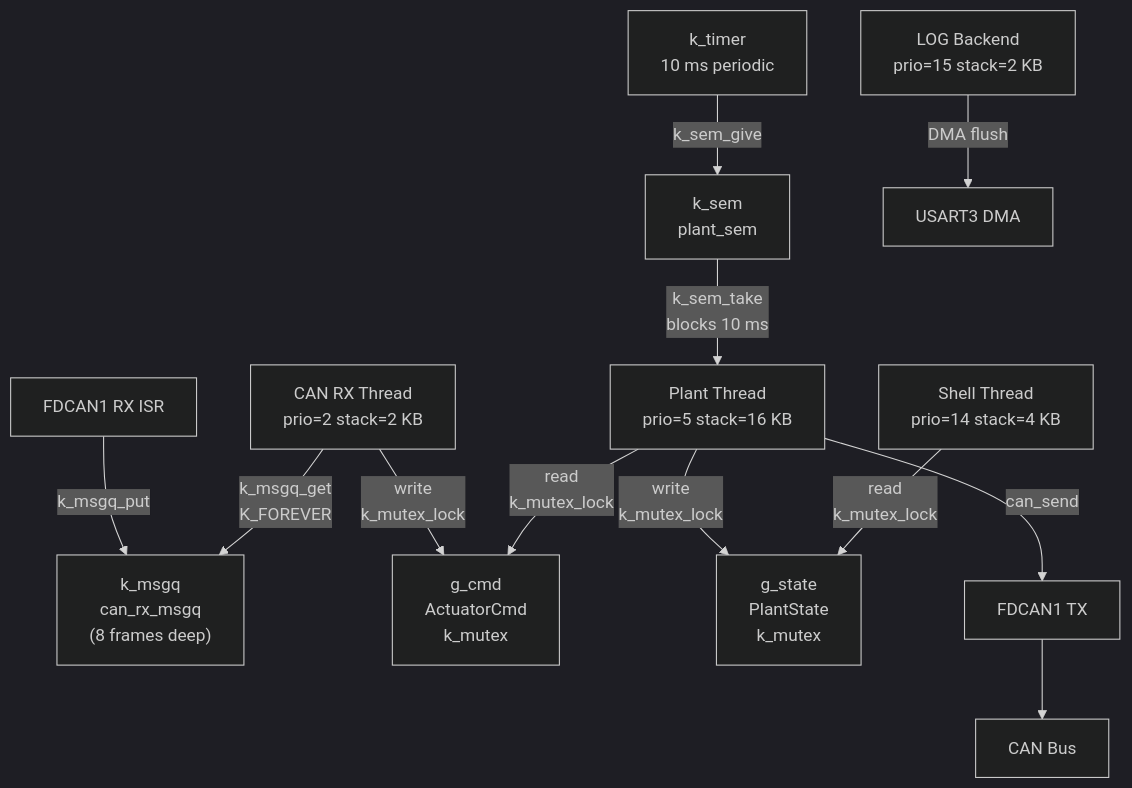
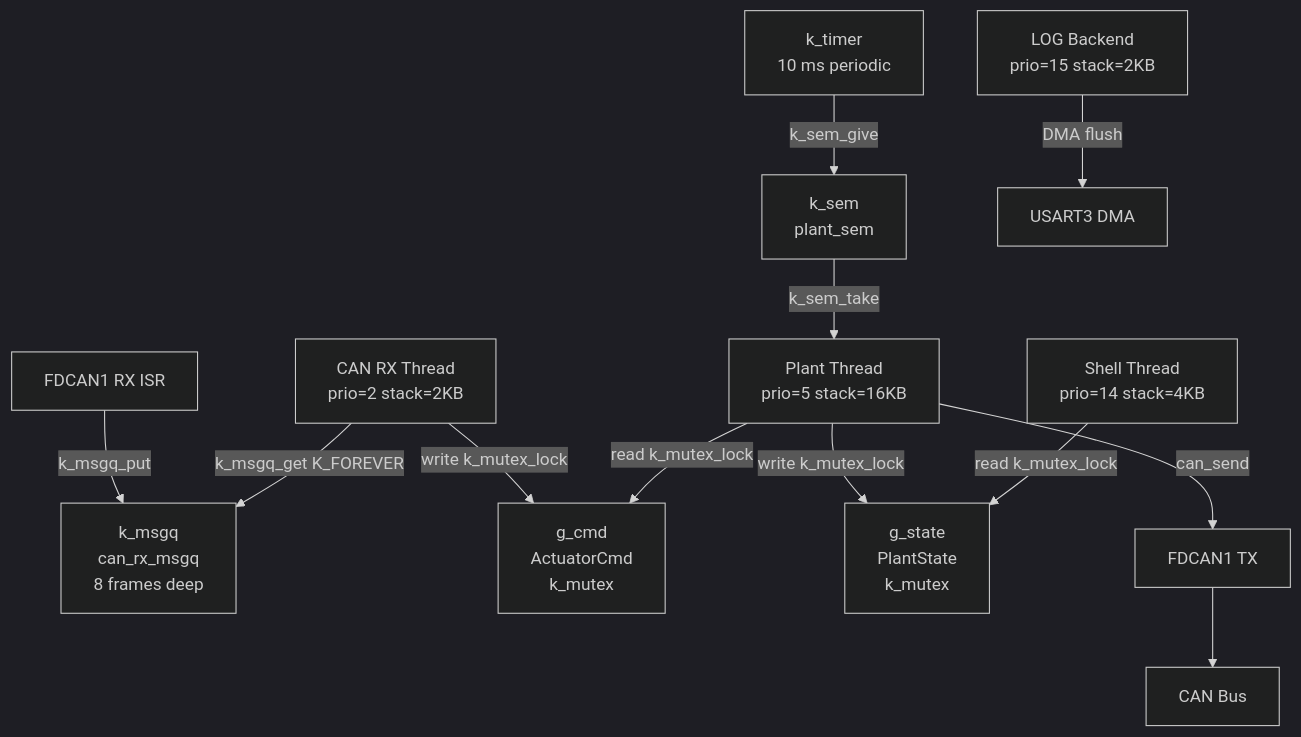
Before and after one commit to mtilocca/vehicle-Dynamics-Sim-Can: the fifth of 8 diagrams in docs/ZEPHYR_PORT.md, drawn with Mermaid (dark theme). The commit also changed other lines of this file and 5 other files, not shown here.

````diff
--- a/docs/ZEPHYR_PORT.md
+++ b/docs/ZEPHYR_PORT.md
@@ -424,28 +439,28 @@
 ```mermaid
 graph TD
     TIMER["k_timer\n10 ms periodic"]
     SEM["k_sem\nplant_sem"]
-    PLANT["Plant Thread\nprio=5  stack=16 KB"]
-    CANRX["CAN RX Thread\nprio=2  stack=2 KB"]
-    SHELL["Shell Thread\nprio=14  stack=4 KB"]
-    LOGB["LOG Backend\nprio=15  stack=2 KB"]
+    PLANT["Plant Thread\nprio=5 stack=16KB"]
+    CANRX["CAN RX Thread\nprio=2 stack=2KB"]
+    SHELL["Shell Thread\nprio=14 stack=4KB"]
+    LOGB["LOG Backend\nprio=15 stack=2KB"]
     ISR["FDCAN1 RX ISR"]
-    MSGQ["k_msgq\ncan_rx_msgq\n(8 frames deep)"]
+    MSGQ["k_msgq\ncan_rx_msgq\n8 frames deep"]
     GCMD["g_cmd\nActuatorCmd\nk_mutex"]
     GSTATE["g_state\nPlantState\nk_mutex"]
     FDTX["FDCAN1 TX"]
     UART["USART3 DMA"]
     BUS["CAN Bus"]
 
-    TIMER -->|"k_sem_give"| SEM
-    SEM -->|"k_sem_take\nblocks 10 ms"| PLANT
-    ISR -->|"k_msgq_put"| MSGQ
-    CANRX -->|"k_msgq_get\nK_FOREVER"| MSGQ
-    CANRX -->|"write\nk_mutex_lock"| GCMD
-    PLANT -->|"read\nk_mutex_lock"| GCMD
-    PLANT -->|"write\nk_mutex_lock"| GSTATE
-    SHELL -->|"read\nk_mutex_lock"| GSTATE
-    PLANT -->|"can_send"| FDTX
+    TIMER -->|k_sem_give| SEM
+    SEM -->|k_sem_take| PLANT
+    ISR -->|k_msgq_put| MSGQ
+    CANRX -->|k_msgq_get K_FOREVER| MSGQ
+    CANRX -->|write k_mutex_lock| GCMD
+    PLANT -->|read k_mutex_lock| GCMD
+    PLANT -->|write k_mutex_lock| GSTATE
+    SHELL -->|read k_mutex_lock| GSTATE
+    PLANT -->|can_send| FDTX
     FDTX --> BUS
-    LOGB -->|"DMA flush"| UART
+    LOGB -->|DMA flush| UART
 ```
````
